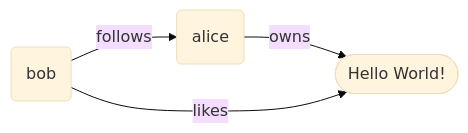
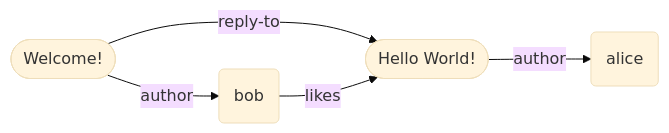
One commit to farcasterxyz/protocol changed the second of 7 diagrams in README.md. Above: the diagram before and after it, drawn with Mermaid (base theme). The commit also changed other lines of this file, not shown here.

````diff
--- a/README.md
+++ b/README.md
@@ -122,6 +118,12 @@
 ```mermaid
 graph LR
-    A(alice) -->|owns| M1([Hello World!])
-    B(bob) -->|follows| A
-    B -->|likes| M1
+  M1([Hello World!]) -->|author| A(alice)
+  M2([Welcome!]) --> |author| B(bob)
+  M2 --> |reply-to|M1
+  B --> |likes|M1
+
+  style A text-align:left 
+  style B text-align:left 
+  style M1 text-align:left
+  style M2 text-align:left
 ```
````
